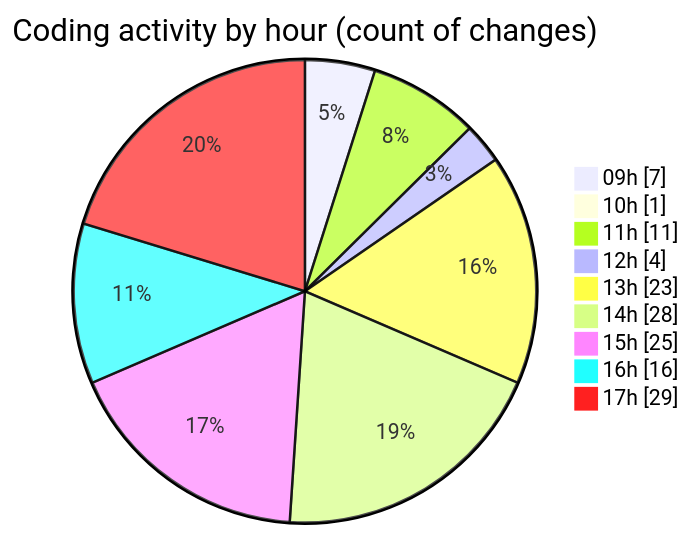
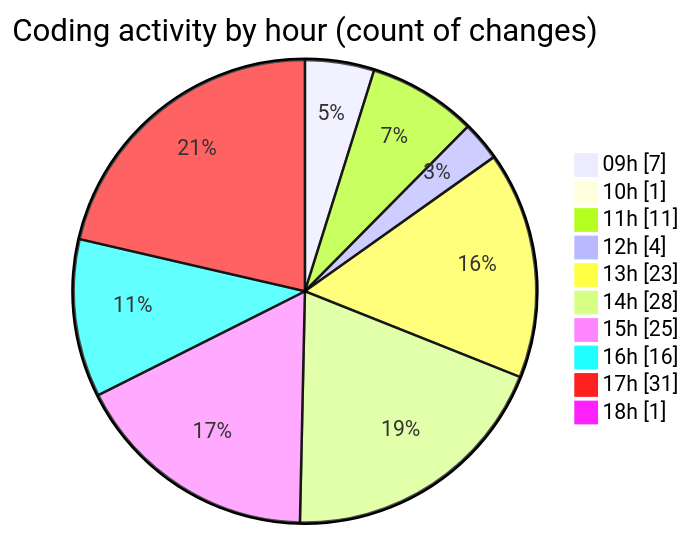
One commit to momahboobian/code-tracking changed the second of 2 diagrams in 2026-04-22/cda/README.md. Above: the diagram before and after it, drawn with Mermaid. The commit also changed other lines of this file and 1 other file, not shown here.

````diff
--- a/2026-04-22/cda/README.md
+++ b/2026-04-22/cda/README.md
@@ -52,13 +53,14 @@
 ```mermaid
 pie showData
 title Coding activity by hour (count of changes)
 "09h" : 7
 "10h" : 1
 "11h" : 11
 "12h" : 4
 "13h" : 23
 "14h" : 28
 "15h" : 25
 "16h" : 16
-"17h" : 29
+"17h" : 31
+"18h" : 1
 ```
````
